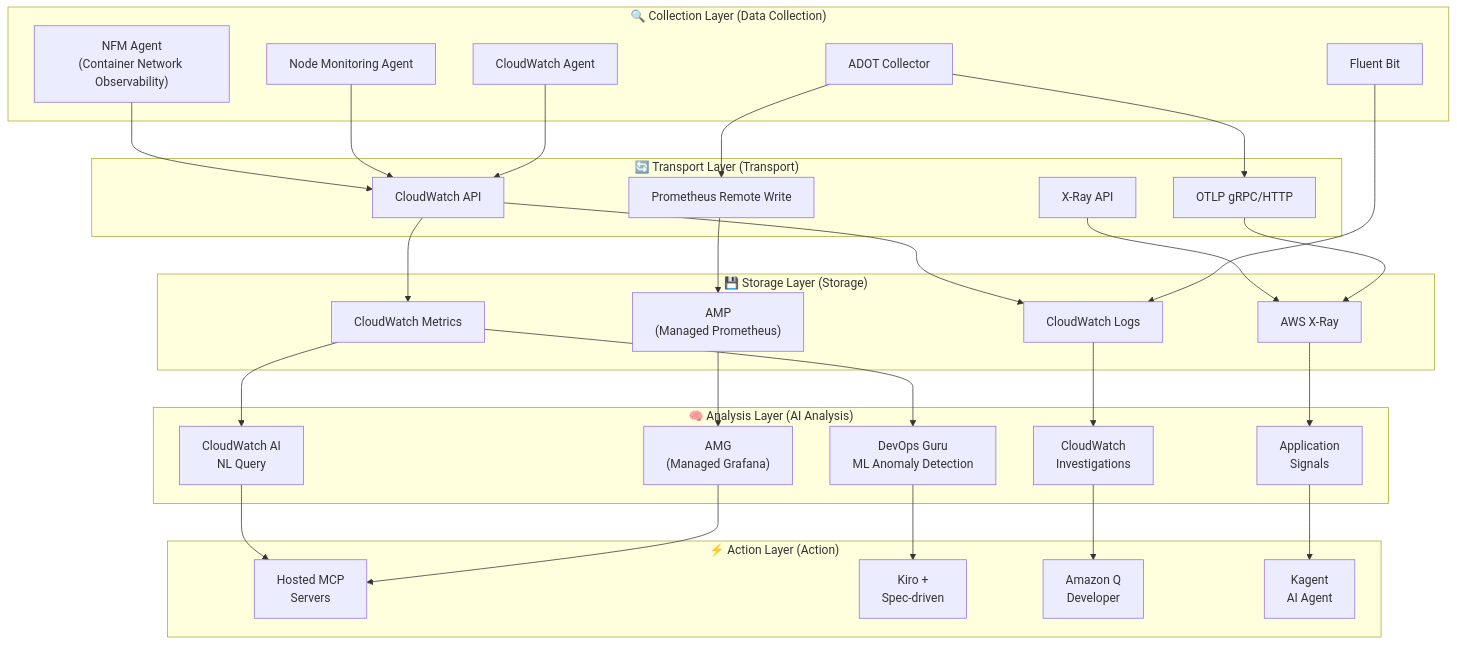
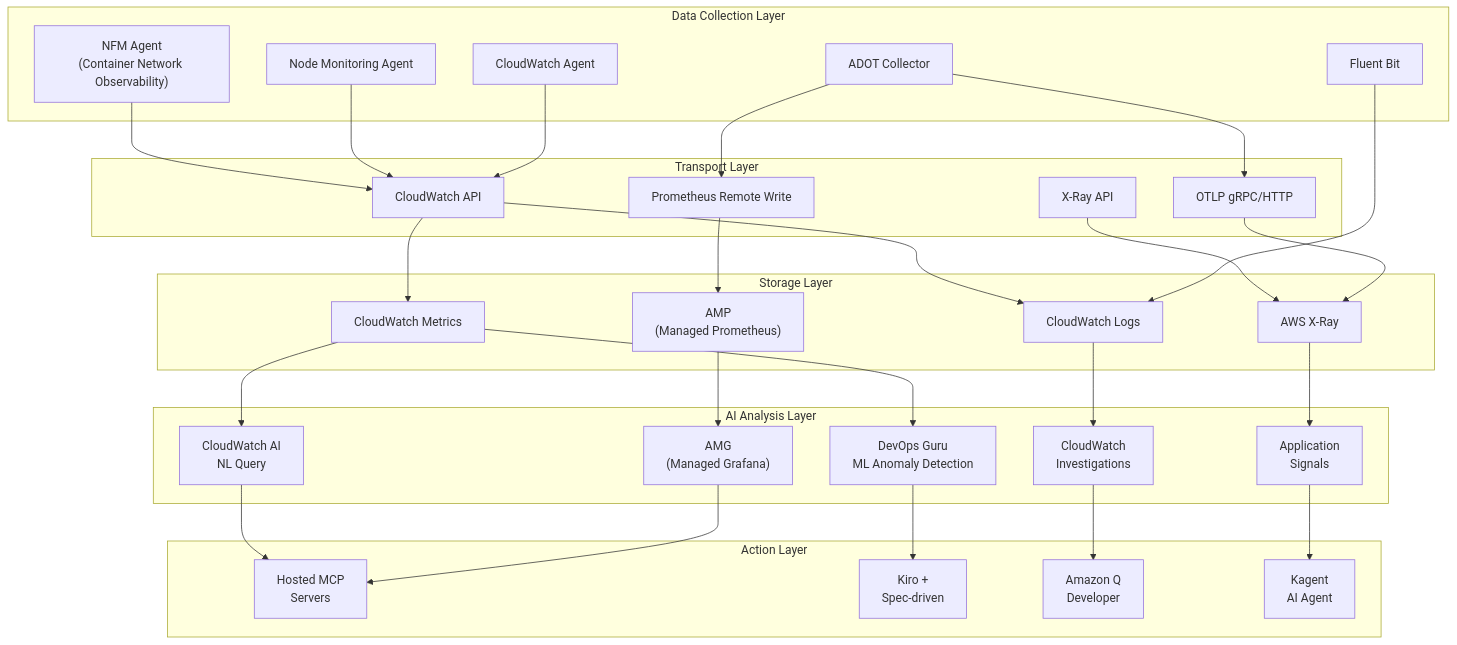
Before and after one commit to devfloor9/engineering-playbook: the fourth of 4 diagrams in i18n/en/docusaurus-plugin-content-docs/current/aiops-aidlc/aiops-observability-stack.md, drawn with Mermaid. The commit also changed other lines of this file and 43 other files, not shown here.

````diff
--- a/i18n/en/docusaurus-plugin-content-docs/current/aiops-aidlc/aiops-observability-stack.md
+++ b/i18n/en/docusaurus-plugin-content-docs/current/aiops-aidlc/aiops-observability-stack.md
@@ -163,64 +520,64 @@
 ```mermaid
 graph TB
-    subgraph Collection["🔍 Collection Layer (Data Collection)"]
+    subgraph Collection["Data Collection Layer"]
         ADOT["ADOT Collector"]
         CWAgent["CloudWatch Agent"]
         FluentBit["Fluent Bit"]
         NodeMon["Node Monitoring Agent"]
         FlowMon["NFM Agent<br/>(Container Network Observability)"]
     end
 
-    subgraph Transport["🔄 Transport Layer (Transport)"]
+    subgraph Transport["Transport Layer"]
         OTLP["OTLP gRPC/HTTP"]
         RemoteWrite["Prometheus Remote Write"]
         CWAPI["CloudWatch API"]
         XRayAPI["X-Ray API"]
     end
 
-    subgraph Storage["💾 Storage Layer (Storage)"]
+    subgraph Storage["Storage Layer"]
         AMP["AMP<br/>(Managed Prometheus)"]
         CWLogs["CloudWatch Logs"]
         CWMetrics["CloudWatch Metrics"]
         XRay["AWS X-Ray"]
     end
 
-    subgraph Analysis["🧠 Analysis Layer (AI Analysis)"]
+    subgraph Analysis["AI Analysis Layer"]
         AMG["AMG<br/>(Managed Grafana)"]
         CWAI["CloudWatch AI<br/>NL Query"]
         DevOpsGuru["DevOps Guru<br/>ML Anomaly Detection"]
         CWInvestigation["CloudWatch<br/>Investigations"]
         AppSignals["Application<br/>Signals"]
     end
 
-    subgraph Action["⚡ Action Layer (Action)"]
+    subgraph Action["Action Layer"]
         MCP["Hosted MCP<br/>Servers"]
         Kiro["Kiro +<br/>Spec-driven"]
         QDev["Amazon Q<br/>Developer"]
         Kagent["Kagent<br/>AI Agent"]
     end
 
     ADOT --> OTLP
     ADOT --> RemoteWrite
     CWAgent --> CWAPI
     FluentBit --> CWLogs
     NodeMon --> CWAPI
     FlowMon --> CWAPI
 
     OTLP --> XRay
     RemoteWrite --> AMP
     CWAPI --> CWMetrics
     CWAPI --> CWLogs
     XRayAPI --> XRay
 
     AMP --> AMG
     CWMetrics --> CWAI
     CWMetrics --> DevOpsGuru
     CWLogs --> CWInvestigation
     XRay --> AppSignals
 
     AMG --> MCP
     CWAI --> MCP
     DevOpsGuru --> Kiro
     CWInvestigation --> QDev
     AppSignals --> Kagent
 ```
````
